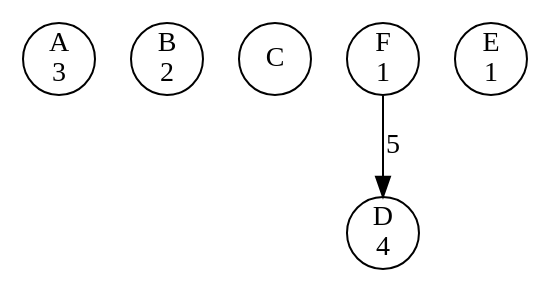
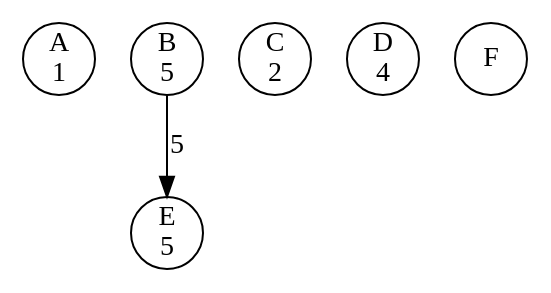
One commit to li23179/GO changed the diagram in concurrency-lab-2/bank/out/0000000005.gv. Above: the diagram before and after it, drawn with Graphviz. The commit also changed 76 other files, not shown here.

```diff
--- a/concurrency-lab-2/bank/out/0000000005.gv
+++ b/concurrency-lab-2/bank/out/0000000005.gv
@@ -1,9 +1,9 @@
 digraph bank {
-	 0 [label= "A\n3" , pos= "1,0!" , shape=circle, fixedsize=true, width=0.5 ]
-	 1 [label= "B\n2" , pos= "0,1!" , shape=circle, fixedsize=true, width=0.5 ]
-	 2 [label= "C\n" , pos= "1,2!" , shape=circle, fixedsize=true, width=0.5 ]
+	 0 [label= "A\n1" , pos= "1,0!" , shape=circle, fixedsize=true, width=0.5 ]
+	 1 [label= "B\n5" , pos= "0,1!" , shape=circle, fixedsize=true, width=0.5 ]
+	 2 [label= "C\n2" , pos= "1,2!" , shape=circle, fixedsize=true, width=0.5 ]
 	 3 [label= "D\n4" , pos= "2,2!" , shape=circle, fixedsize=true, width=0.5 ]
-	 4 [label= "E\n1" , pos= "3,1!" , shape=circle, fixedsize=true, width=0.5 ]
-	 5 [label= "F\n1" , pos= "2,0!" , shape=circle, fixedsize=true, width=0.5 ]
-	 "5" -> "3" [label= "5" ]
+	 4 [label= "E\n5" , pos= "3,1!" , shape=circle, fixedsize=true, width=0.5 ]
+	 5 [label= "F\n" , pos= "2,0!" , shape=circle, fixedsize=true, width=0.5 ]
+	 "1" -> "4" [label= "5" ]
 }
```
